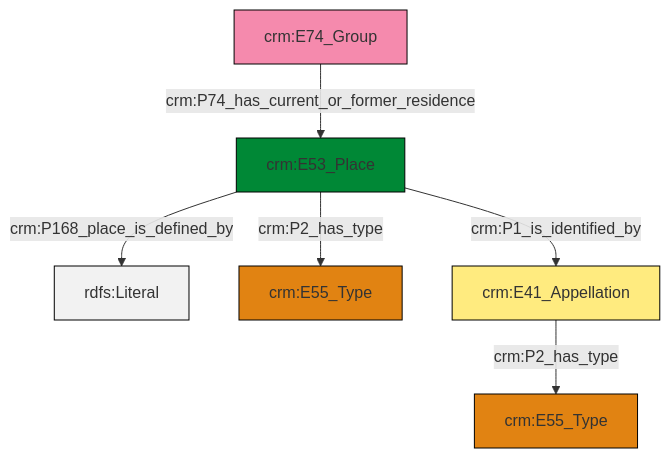
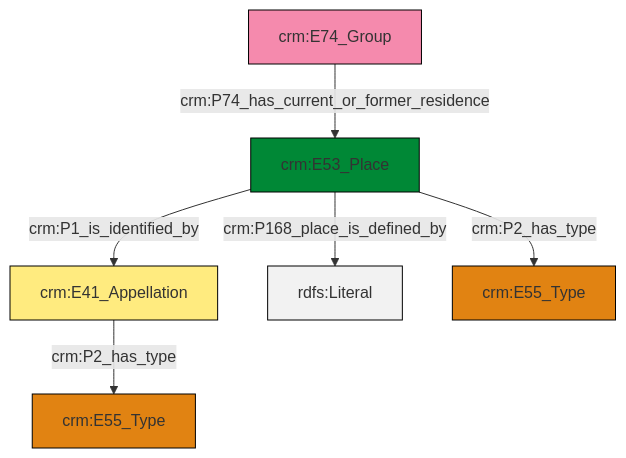
One commit to swiss-art-research-net/reference-data-models changed the diagram in et/groupCSV/ttl/mmd/group_location.ttl.mmd. Above: the diagram before and after it, drawn with Mermaid. The commit also changed 125 other files, not shown here.

```diff
--- a/et/groupCSV/ttl/mmd/group_location.ttl.mmd
+++ b/et/groupCSV/ttl/mmd/group_location.ttl.mmd
@@ -1,20 +1,20 @@
 graph TD
 classDef Literal fill:#f2f2f2,stroke:#000000;
 classDef CRM_Entity fill:#FFFFFF,stroke:#000000;
 classDef Temporal_Entity fill:#00C9E6, stroke:#000000;
 classDef Type fill:#E18312, stroke:#000000;
 classDef Time-Span fill:#2C9C91, stroke:#000000;
 classDef Appellation fill:#FFEB7F, stroke:#000000;
 classDef Place fill:#008836, stroke:#000000;
 classDef Persistent_Item fill:#B266B2, stroke:#000000;
 classDef Conceptual_Object fill:#FFD700, stroke:#000000;
 classDef Physical_Thing fill:#D2B48C, stroke:#000000;
 classDef Actor fill:#f58aad, stroke:#000000;
 classDef PC_Classes fill:#4ce600, stroke:#000000;
 classDef Multi fill:#cccccc,stroke:#000000;
 
-0["crm:E74_Group"]:::Actor -->|crm:P74_has_current_or_former_residence| 1["crm:E53_Place"]:::Place
-1["crm:E53_Place"]:::Place -->|crm:P168_place_is_defined_by| 4[rdfs:Literal]:::Literal
-8["crm:E41_Appellation"]:::Appellation -->|crm:P2_has_type| 2["crm:E55_Type"]:::Type
-1["crm:E53_Place"]:::Place -->|crm:P2_has_type| 5["crm:E55_Type"]:::Type
-1["crm:E53_Place"]:::Place -->|crm:P1_is_identified_by| 8["crm:E41_Appellation"]:::Appellation
+0["crm:E53_Place"]:::Place -->|crm:P1_is_identified_by| 1["crm:E41_Appellation"]:::Appellation
+0["crm:E53_Place"]:::Place -->|crm:P168_place_is_defined_by| 2[rdfs:Literal]:::Literal
+0["crm:E53_Place"]:::Place -->|crm:P2_has_type| 3["crm:E55_Type"]:::Type
+4["crm:E74_Group"]:::Actor -->|crm:P74_has_current_or_former_residence| 0["crm:E53_Place"]:::Place
+1["crm:E41_Appellation"]:::Appellation -->|crm:P2_has_type| 6["crm:E55_Type"]:::Type
```
